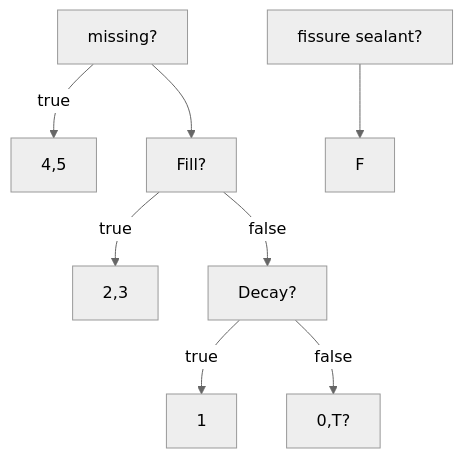
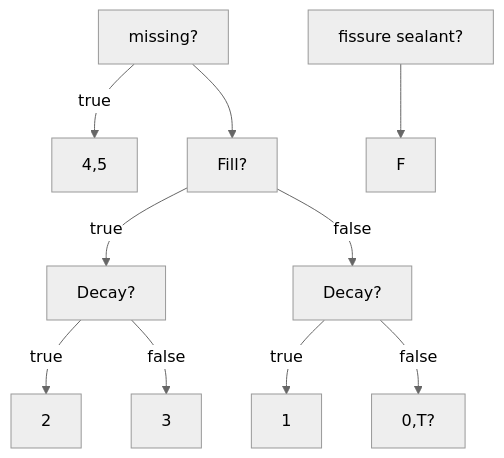
Before and after one commit to hsiu-chan/notebook: the diagram in notes/TMUSO/口檢.md, drawn with Mermaid (neutral theme). The commit also changed other lines of this file and 3 other files, not shown here.

````diff
--- a/notes/TMUSO/口檢.md
+++ b/notes/TMUSO/口檢.md
@@ -26,11 +26,12 @@
 ```mermaid
 graph TD 
 m[missing?]-->|true|m1[4,5]
 ff[fissure sealant?]-->f[F]
 m-->F
-F[Fill?]-->|true|fd[2,3]
+F[Fill?]-->|true|fd[Decay?]-->|true|fdt[2]
+fd-->|false|fdf[3]
 F-->|false|s[Decay?]-->|true|d[1]
 s-->|false|sound[0,T?]
 
 
 ```
````
